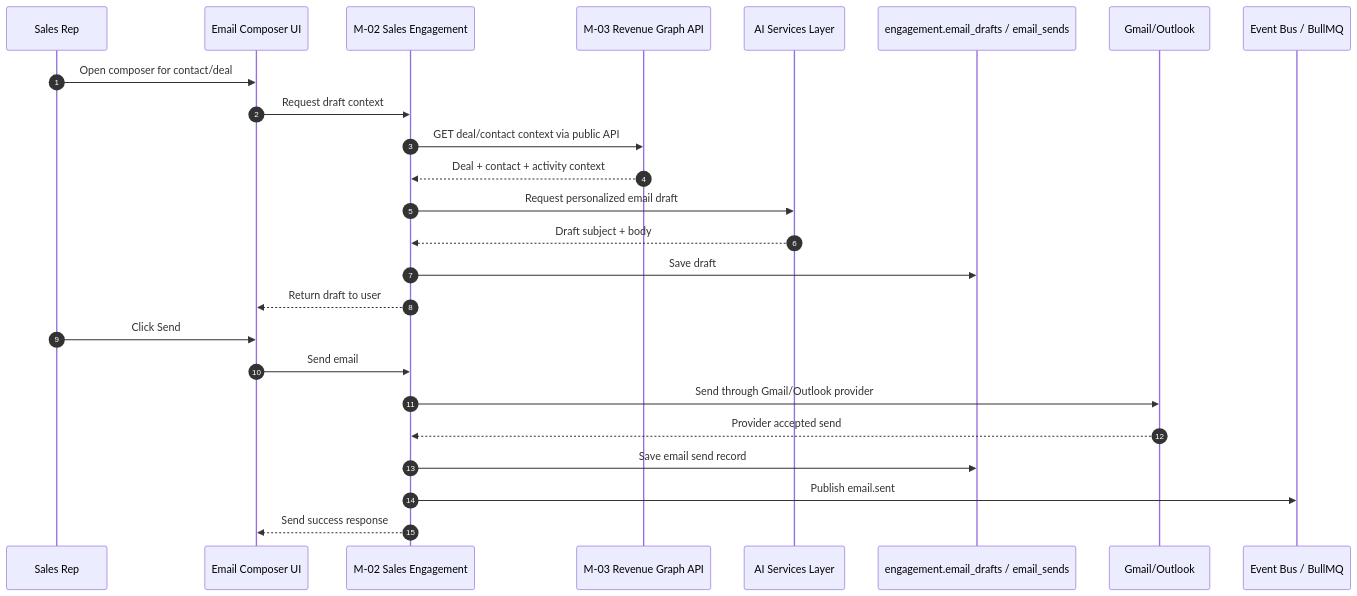
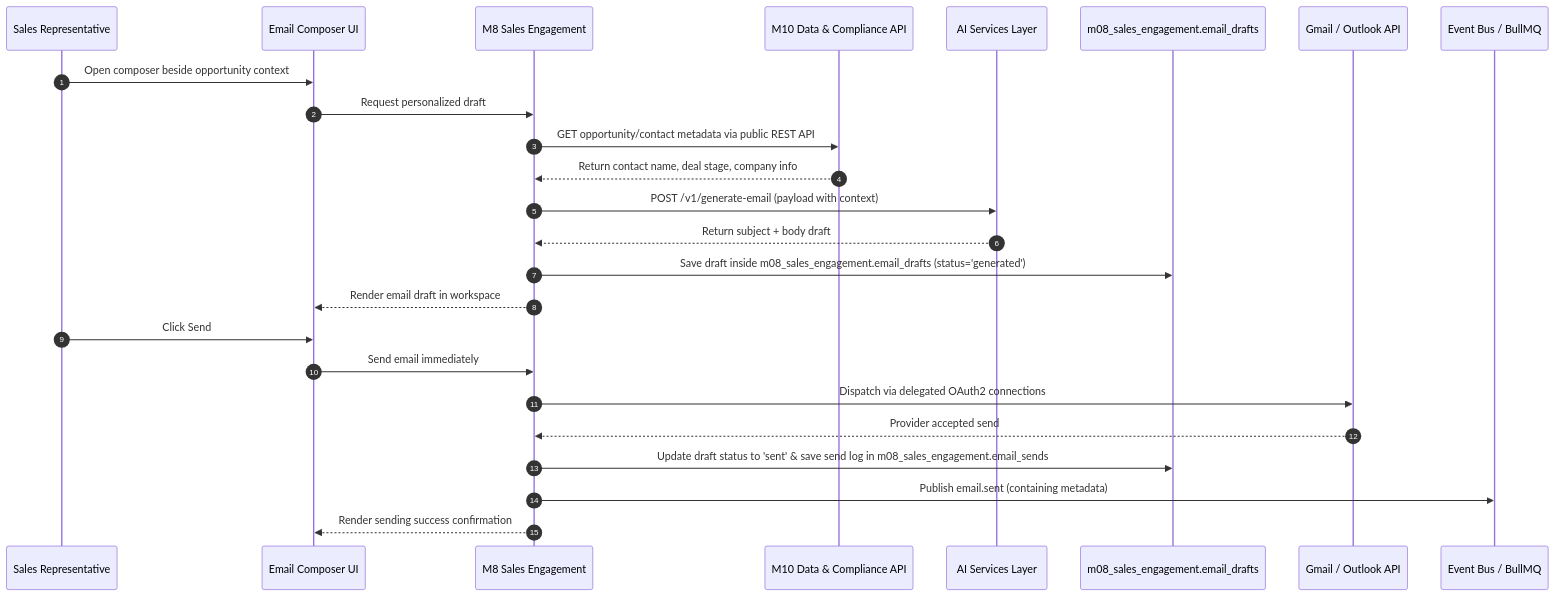
Before and after one commit to PoojaTiwari09/FB-and-RP-Fixes: the second of 5 diagrams in Reference documents/M8 Sales Engagement/Sequence Diagrams M8 flows.md, drawn with Mermaid. The commit also changed other lines of this file and 79 other files, not shown here.

````diff
--- a/Reference documents/M8 Sales Engagement/Sequence Diagrams M8 flows.md
+++ b/Reference documents/M8 Sales Engagement/Sequence Diagrams M8 flows.md
@@ -73,29 +64,29 @@
 ```mermaid
 sequenceDiagram
     autonumber
-    participant USER as Sales Rep
+    participant USER as Sales Representative
     participant UI as Email Composer UI
-    participant M02 as M-02 Sales Engagement
-    participant M03 as M-03 Revenue Graph API
+    participant M8 as M8 Sales Engagement
+    participant M10 as M10 Data & Compliance API
     participant AI as AI Services Layer
-    participant DB as engagement.email_drafts / email_sends
-    participant MAIL as Gmail/Outlook
+    participant DB as m08_sales_engagement.email_drafts
+    participant MAIL as Gmail / Outlook API
     participant BUS as Event Bus / BullMQ
 
-    USER->>UI: Open composer for contact/deal
-    UI->>M02: Request draft context
-    M02->>M03: GET deal/contact context via public API
-    M03-->>M02: Deal + contact + activity context
-    M02->>AI: Request personalized email draft
-    AI-->>M02: Draft subject + body
-    M02->>DB: Save draft
-    M02-->>UI: Return draft to user
-
+    USER->>UI: Open composer beside opportunity context
+    UI->>M8: Request personalized draft
+    M8->>M10: GET opportunity/contact metadata via public REST API
+    M10-->>M8: Return contact name, deal stage, company info
+    M8->>AI: POST /v1/generate-email (payload with context)
+    AI-->>M8: Return subject + body draft
+    M8->>DB: Save draft inside m08_sales_engagement.email_drafts (status='generated')
+    M8-->>UI: Render email draft in workspace
+    
     USER->>UI: Click Send
-    UI->>M02: Send email
-    M02->>MAIL: Send through Gmail/Outlook provider
-    MAIL-->>M02: Provider accepted send
-    M02->>DB: Save email send record
-    M02->>BUS: Publish email.sent
-    M02-->>UI: Send success response
+    UI->>M8: Send email immediately
+    M8->>MAIL: Dispatch via delegated OAuth2 connections
+    MAIL-->>M8: Provider accepted send
+    M8->>DB: Update draft status to 'sent' & save send log in m08_sales_engagement.email_sends
+    M8->>BUS: Publish email.sent (containing metadata)
+    M8-->>UI: Render sending success confirmation
 ```
````
